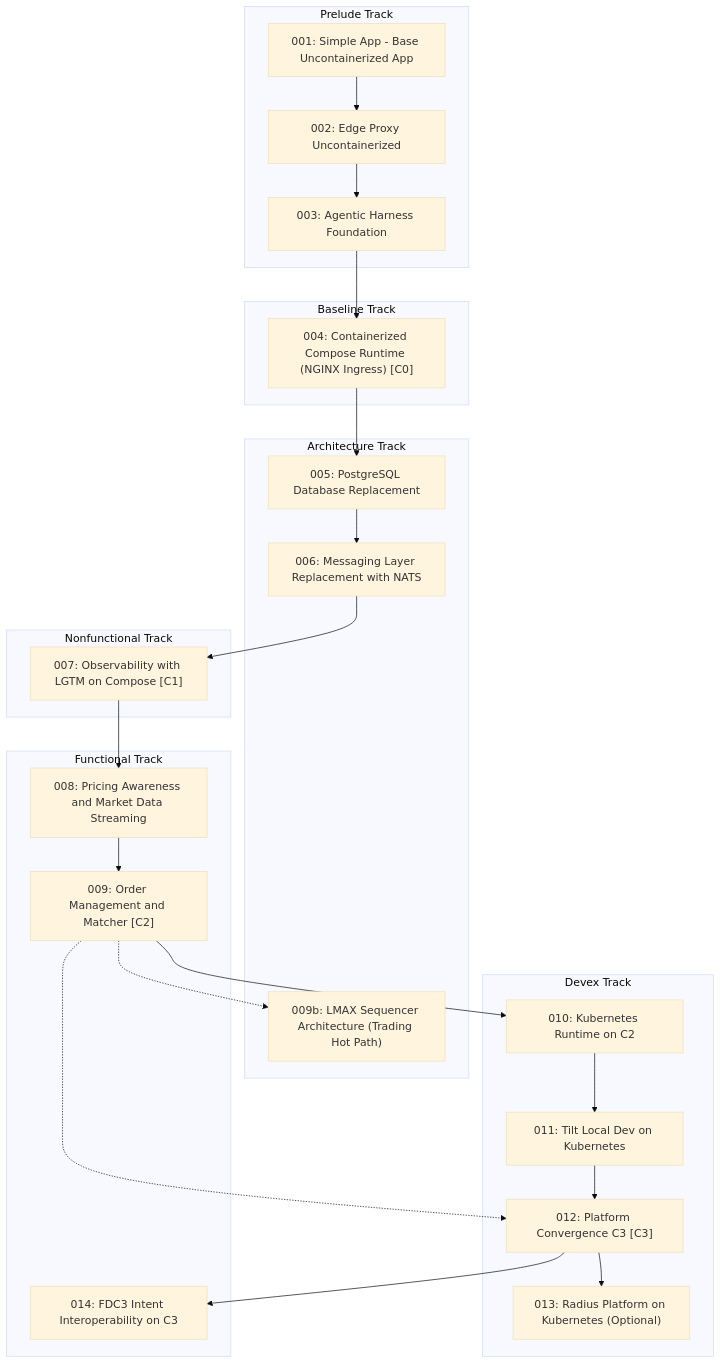
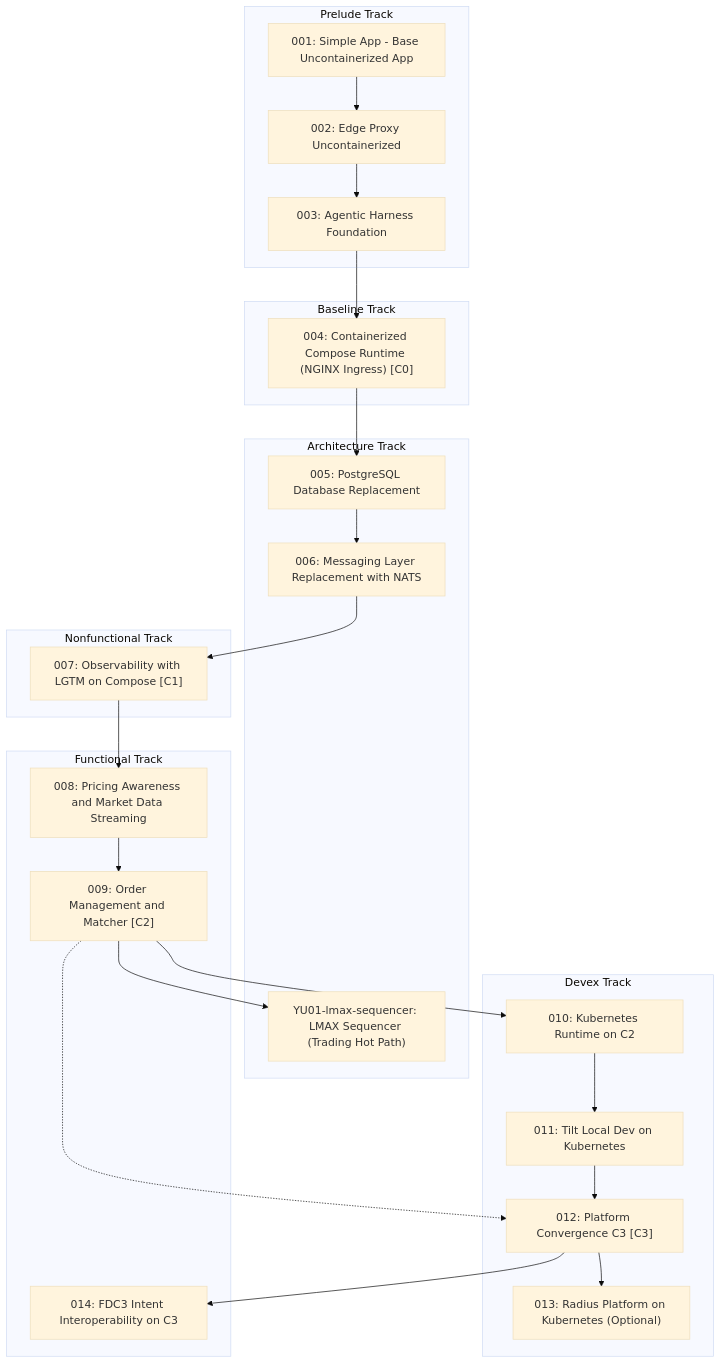
Before and after one commit to YU-CS-Summer-2026-Distributed-TraderX/traderX: the third of 3 diagrams in docs/learning-paths/index.md, drawn with Mermaid (base theme). The commit also changed other lines of this file and 112 other files, not shown here.

````diff
--- a/docs/learning-paths/index.md
+++ b/docs/learning-paths/index.md
@@ -112,46 +112,46 @@
 ```mermaid
 flowchart TB
   subgraph PRELUDE["Prelude Track"]
     S001_baseline_uncontainerized_parity["001: Simple App - Base Uncontainerized App"]
     S002_edge_proxy_uncontainerized["002: Edge Proxy Uncontainerized"]
     S003_agentic_harness_foundation["003: Agentic Harness Foundation"]
   end
   subgraph BASELINE["Baseline Track"]
     S004_containerized_compose_runtime["004: Containerized Compose Runtime (NGINX Ingress) [C0]"]
   end
   subgraph ARCHITECTURE["Architecture Track"]
     S005_postgres_database_replacement["005: PostgreSQL Database Replacement"]
     S006_messaging_nats_replacement["006: Messaging Layer Replacement with NATS"]
-    S009b_lmax_sequencer_architecture["009b: LMAX Sequencer Architecture (Trading Hot Path)"]
+    SYU01_lmax_sequencer["YU01-lmax-sequencer: LMAX Sequencer (Trading Hot Path)"]
   end
   subgraph NONFUNCTIONAL["Nonfunctional Track"]
     S007_observability_lgtm_compose["007: Observability with LGTM on Compose [C1]"]
   end
   subgraph FUNCTIONAL["Functional Track"]
     S008_pricing_awareness_market_data["008: Pricing Awareness and Market Data Streaming"]
     S009_order_management_matcher["009: Order Management and Matcher [C2]"]
     S014_fdc3_intent_interoperability["014: FDC3 Intent Interoperability on C3"]
   end
   subgraph DEVEX["Devex Track"]
     S010_kubernetes_runtime["010: Kubernetes Runtime on C2"]
     S011_tilt_kubernetes_dev_loop["011: Tilt Local Dev on Kubernetes"]
     S012_platform_convergence_c3["012: Platform Convergence C3 [C3]"]
     S013_radius_kubernetes_platform["013: Radius Platform on Kubernetes (Optional)"]
   end
   S001_baseline_uncontainerized_parity --> S002_edge_proxy_uncontainerized
   S002_edge_proxy_uncontainerized --> S003_agentic_harness_foundation
   S003_agentic_harness_foundation --> S004_containerized_compose_runtime
   S004_containerized_compose_runtime --> S005_postgres_database_replacement
   S005_postgres_database_replacement --> S006_messaging_nats_replacement
   S006_messaging_nats_replacement --> S007_observability_lgtm_compose
   S007_observability_lgtm_compose --> S008_pricing_awareness_market_data
   S008_pricing_awareness_market_data --> S009_order_management_matcher
-  S009_order_management_matcher -.-> S009b_lmax_sequencer_architecture
+  S009_order_management_matcher --> SYU01_lmax_sequencer
   S009_order_management_matcher --> S010_kubernetes_runtime
   S010_kubernetes_runtime --> S011_tilt_kubernetes_dev_loop
   S011_tilt_kubernetes_dev_loop --> S012_platform_convergence_c3
   S012_platform_convergence_c3 --> S013_radius_kubernetes_platform
   S012_platform_convergence_c3 --> S014_fdc3_intent_interoperability
   S009_order_management_matcher -.-> S012_platform_convergence_c3
   classDef convergence fill:#d7f5dd,stroke:#2e7d32,stroke-width:2px
 ```
````
